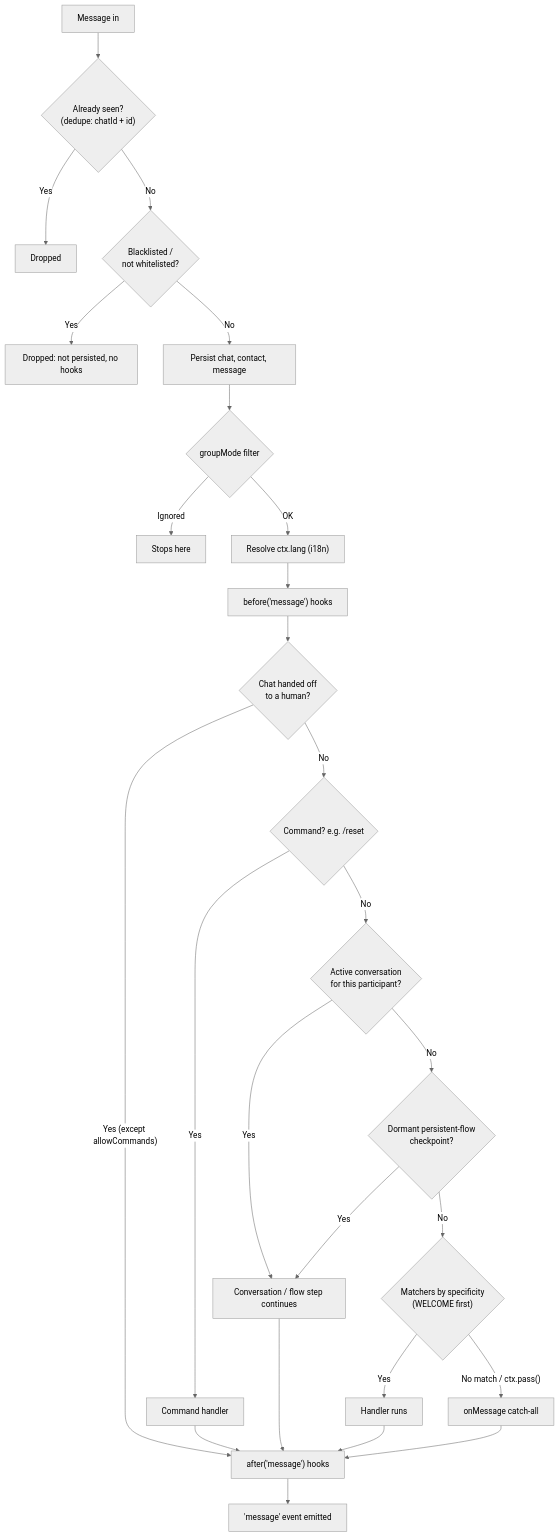
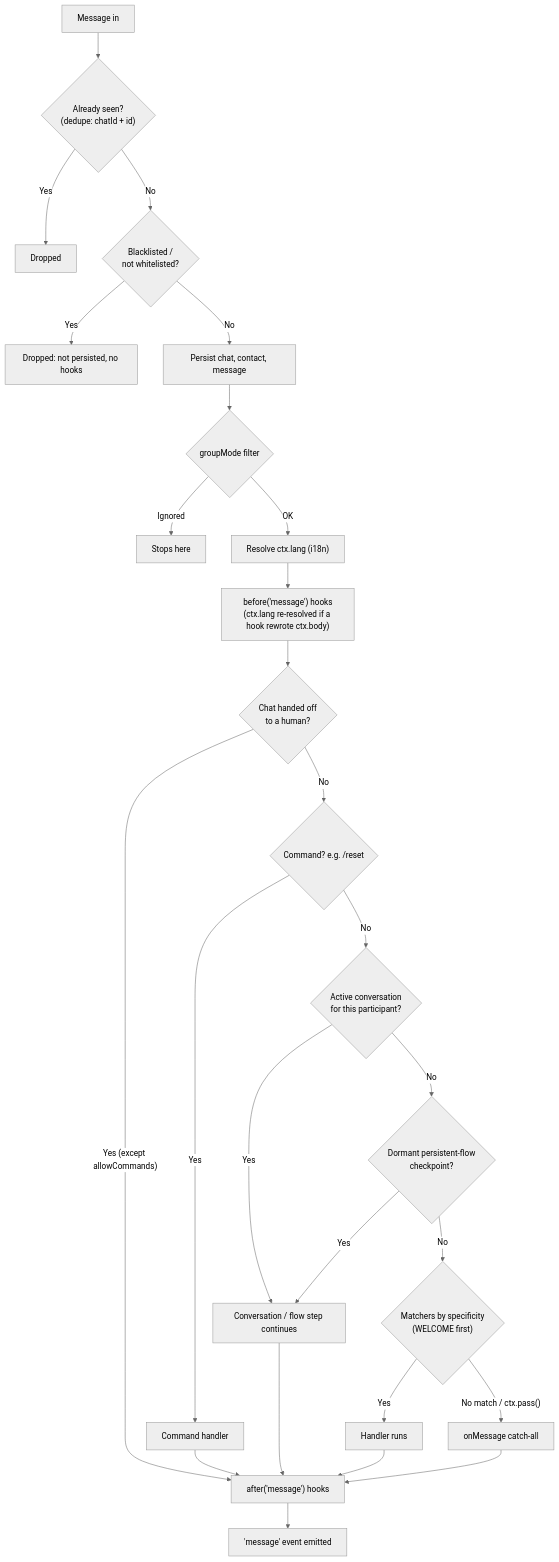
One commit to andresayac/bot-wa-baileys changed the diagram in docs/guide/concepts.md. Above: the diagram before and after it, drawn with Mermaid (neutral theme). The commit also changed other lines of this file and 18 other files, not shown here.

First line of the commit message:
feat(core): re-resolve ctx.lang after hooks rewrite body; voice STT hint

````diff
--- a/docs/guide/concepts.md
+++ b/docs/guide/concepts.md
@@ -14,28 +14,28 @@
 ```mermaid
 flowchart TD
     A[Message in] --> DD{"Already seen?<br/>(dedupe: chatId + id)"}
     DD -->|Yes| X0[Dropped]
     DD -->|No| ACL{"Blacklisted /<br/>not whitelisted?"}
     ACL -->|Yes| X1[Dropped: not persisted, no hooks]
     ACL -->|No| P[Persist chat, contact, message]
     P --> GM{"groupMode filter"}
     GM -->|Ignored| X2[Stops here]
     GM -->|OK| L["Resolve ctx.lang (i18n)"]
-    L --> B["before('message') hooks"]
+    L --> B["before('message') hooks<br/>(ctx.lang re-resolved if a hook rewrote ctx.body)"]
     B --> HO{"Chat handed off<br/>to a human?"}
     HO -->|"Yes (except allowCommands)"| J
     HO -->|No| C{"Command? e.g. /reset"}
     C -->|Yes| D[Command handler]
     C -->|No| E{Active conversation<br/>for this participant?}
     E -->|Yes| F[Conversation / flow step continues]
     E -->|No| R{Dormant persistent-flow<br/>checkpoint?}
     R -->|Yes| F
     R -->|No| G{"Matchers by specificity<br/>(WELCOME first)"}
     G -->|Yes| H[Handler runs]
     G -->|"No match / ctx.pass()"| I[onMessage catch-all]
     D --> J["after('message') hooks"]
     F --> J
     H --> J
     I --> J
     J --> K["'message' event emitted"]
 ```
````
